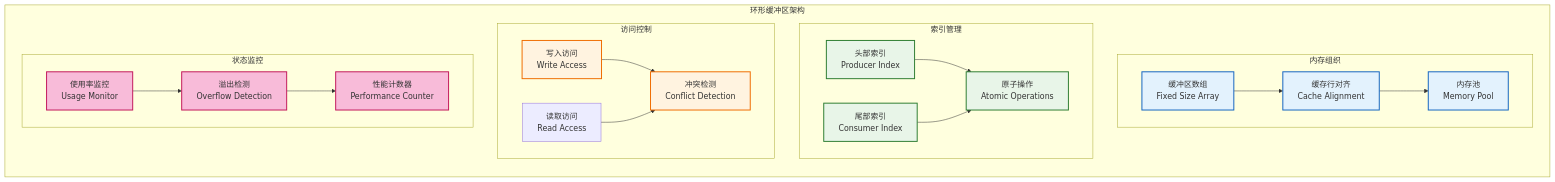
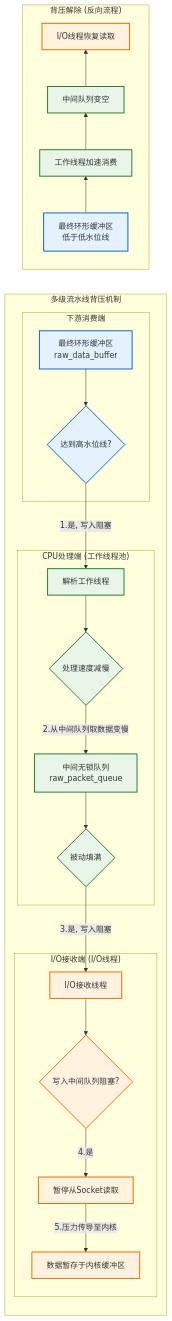
Before and after one commit to wendizhou99-cell/Radar: the eighth of 10 diagrams in docs/01_项目设计/02_模块设计/01_数据接收模块设计.md, drawn with Mermaid. The commit also changed other lines of this file and 7 other files, not shown here.

````diff
--- a/docs/01_项目设计/02_模块设计/01_数据接收模块设计.md
+++ b/docs/01_项目设计/02_模块设计/01_数据接收模块设计.md
@@ -379,53 +463,55 @@
 ```mermaid
-graph TB
-    subgraph "环形缓冲区架构"
+flowchart LR
+    subgraph "多级流水线背压机制"
         direction TB
 
-        subgraph "内存组织"
-            BUFFER_ARRAY[缓冲区数组<br/>Fixed Size Array]
-            CACHE_ALIGNED[缓存行对齐<br/>Cache Alignment]
-            MEMORY_POOL[内存池<br/>Memory Pool]
+        subgraph "下游消费端"
+            A[最终环形缓冲区<br/>raw_data_buffer]
+            B{达到高水位线?}
+            A --> B
         end
 
-        subgraph "索引管理"
-            HEAD_INDEX[头部索引<br/>Producer Index]
-            TAIL_INDEX[尾部索引<br/>Consumer Index]
-            ATOMIC_OPS[原子操作<br/>Atomic Operations]
+        subgraph "CPU处理端 (工作线程池)"
+            C[解析工作线程]
+            D{处理速度减慢}
+            E[中间无锁队列<br/>raw_packet_queue]
+            F{被动填满}
+            B -- "1.是, 写入阻塞" --> C
+            C --> D
+            D -- "2.从中间队列取数据变慢" --> E
+            E --> F
         end
 
-        subgraph "访问控制"
-            WRITE_ACCESS[写入访问<br/>Write Access]
-            READ_ACCESS[读取访问<br/>Read Access]
-            CONFLICT_DETECT[冲突检测<br/>Conflict Detection]
+        subgraph "I/O接收端 (I/O线程)"
+            G[I/O接收线程]
+            H{写入中间队列阻塞?}
+            I[暂停从Socket读取]
+            J[数据暂存于内核缓冲区]
+            F -- "3.是, 写入阻塞" --> G
+            G --> H
+            H -- "4.是" --> I
+            I -- "5.压力传导至内核" --> J
         end
-
-        subgraph "状态监控"
-            USAGE_MONITOR[使用率监控<br/>Usage Monitor]
-            OVERFLOW_DETECT[溢出检测<br/>Overflow Detection]
-            PERF_COUNTER[性能计数器<br/>Performance Counter]
-        end
-
-        %% 关联关系
-        BUFFER_ARRAY --> CACHE_ALIGNED
-        CACHE_ALIGNED --> MEMORY_POOL
-
-        HEAD_INDEX --> ATOMIC_OPS
-        TAIL_INDEX --> ATOMIC_OPS
-
-        WRITE_ACCESS --> CONFLICT_DETECT
-        READ_ACCESS --> CONFLICT_DETECT
-
-        USAGE_MONITOR --> OVERFLOW_DETECT
-        OVERFLOW_DETECT --> PERF_COUNTER
     end
 
-    classDef memory fill:#e3f2fd,stroke:#1565c0,stroke-width:2px
-    classDef index fill:#e8f5e8,stroke:#2e7d32,stroke-width:2px
-    classDef access fill:#fff3e0,stroke:#ef6c00,stroke-width:2px
-    classDef monitor fill:#f8bbd9,stroke:#c2185b,stroke-width:2px
+    subgraph "背压解除 (反向流程)"
+        direction BT
+        A_low[最终环形缓冲区<br/>低于低水位线]
+        C_fast[工作线程加速消费]
+        E_empty[中间队列变空]
+        G_resume[I/O线程恢复读取]
+        A_low --> C_fast --> E_empty --> G_resume
+    end
 
-    class BUFFER_ARRAY,CACHE_ALIGNED,MEMORY_POOL memory
-    class HEAD_INDEX,TAIL_INDEX,ATOMIC_OPS index
-    class WRITE_ACCESS,read_ACCESS,CONFLICT_DETECT access
-    class USAGE_MONITOR,OVERFLOW_DETECT,PERF_COUNTER monitor
+    classDef consumer fill:#e3f2fd,stroke:#1565c0,stroke-width:2px
+    classDef worker fill:#e8f5e8,stroke:#2e7d32,stroke-width:2px
+    classDef io fill:#fff3e0,stroke:#ef6c00,stroke-width:2px
+    classDef A_low fill:#d1e7dd,stroke:#0f5132,stroke-width:2px
+    classDef C_fast fill:#d1e7dd,stroke:#0f5132,stroke-width:2px
+    classDef E_empty fill:#d1e7dd,stroke:#0f5132,stroke-width:2px
+    classDef G_resume fill:#d1e7dd,stroke:#0f5132,stroke-width:2px
+
+    class A,B,A_low consumer
+    class C,D,E,F,C_fast,E_empty worker
+    class G,H,I,J,G_resume io
 ```
````
